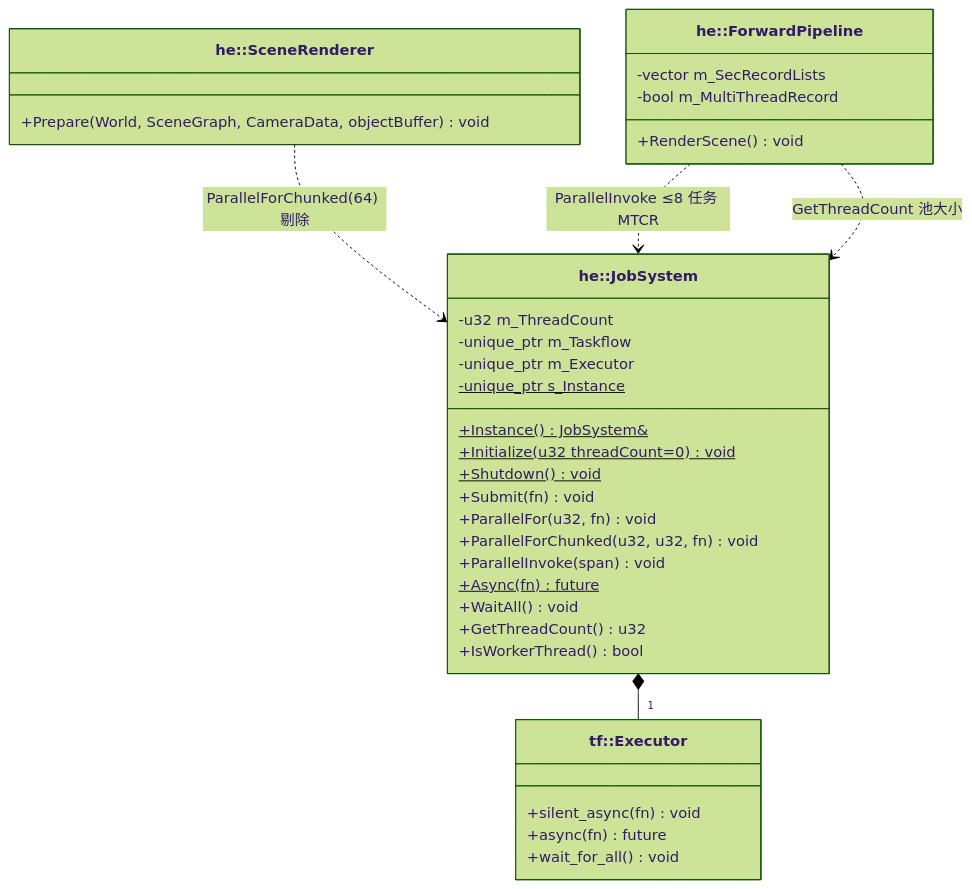
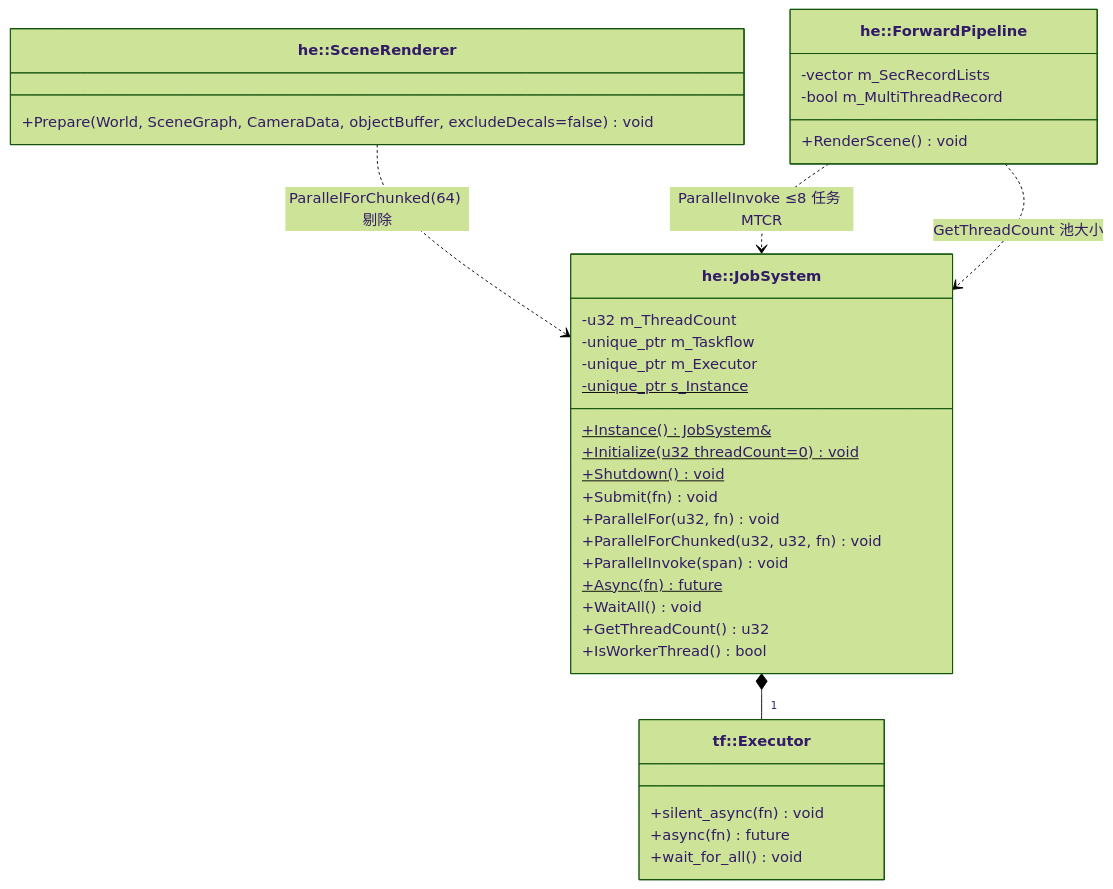
The second of 7 diagrams in docs/HugEngine引擎介绍/HugEngine多线程渲染实现分析.md (huguozhu/HugEngine), drawn with Mermaid (forest theme) before and after one commit. The commit also changed other lines of this file and 1 other file, not shown here.

````diff
--- a/docs/HugEngine引擎介绍/HugEngine多线程渲染实现分析.md
+++ b/docs/HugEngine引擎介绍/HugEngine多线程渲染实现分析.md
@@ -80,40 +80,40 @@
 ```mermaid
 classDiagram
 direction TB
 
 class `he::JobSystem` {
     -u32 m_ThreadCount
     -unique_ptr<tf::Taskflow> m_Taskflow
     -unique_ptr<tf::Executor> m_Executor
     -unique_ptr<JobSystem> s_Instance$
     +Instance() JobSystem&$
     +Initialize(u32 threadCount=0) void$
     +Shutdown() void$
     +Submit(fn) void
     +ParallelFor(u32, fn) void
     +ParallelForChunked(u32, u32, fn) void
     +ParallelInvoke(span) void
     +Async(fn) future$
     +WaitAll() void
     +GetThreadCount() u32
     +IsWorkerThread() bool
 }
 class `he::SceneRenderer` {
-    +Prepare(World, SceneGraph, CameraData, objectBuffer) void
+    +Prepare(World, SceneGraph, CameraData, objectBuffer, excludeDecals=false) void
 }
 class `he::ForwardPipeline` {
     -vector m_SecRecordLists
     -bool m_MultiThreadRecord
     +RenderScene() void
 }
 class `tf::Executor` {
     +silent_async(fn) void
     +async(fn) future
     +wait_for_all() void
 }
 
 `he::JobSystem` *-- "1" `tf::Executor`
 `he::SceneRenderer` ..> `he::JobSystem` : ParallelForChunked(64) 剔除
 `he::ForwardPipeline` ..> `he::JobSystem` : ParallelInvoke ≤8 任务 MTCR
 `he::ForwardPipeline` ..> `he::JobSystem` : GetThreadCount 池大小
 ```
````
